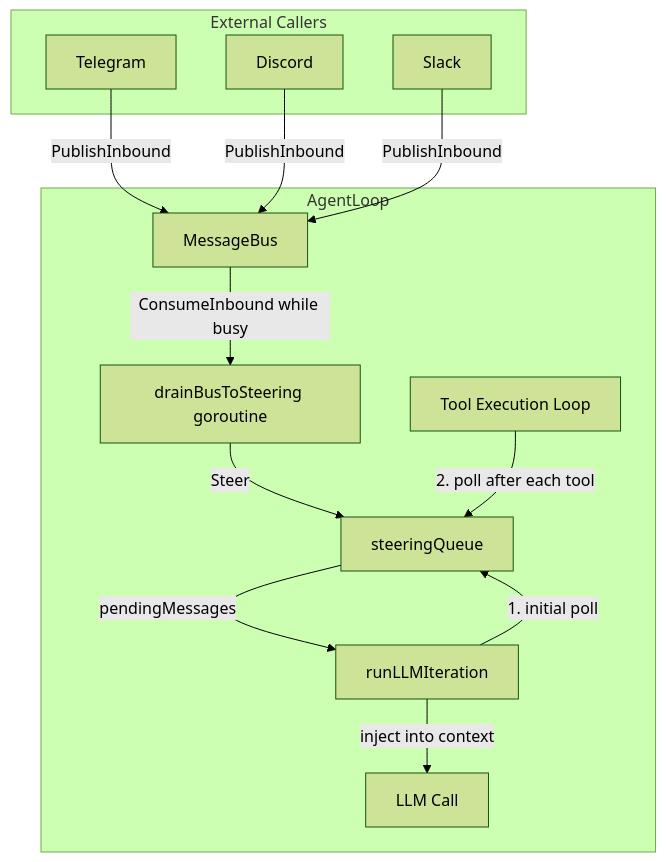
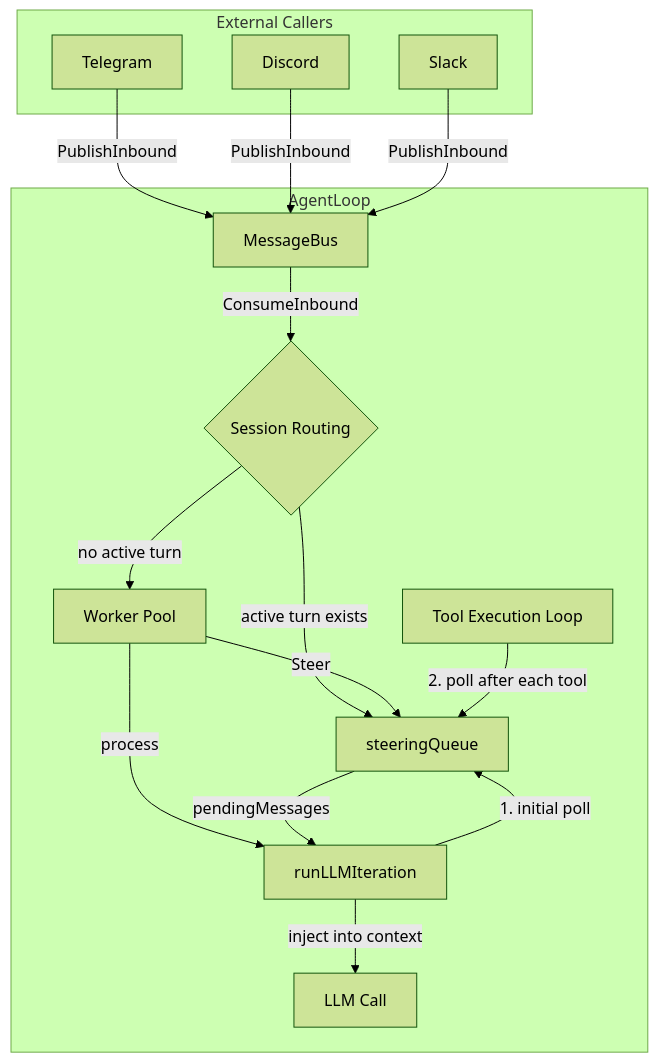
The first of 4 diagrams in docs/design/steering-spec.md (Net-Geometry/picoclaw), drawn with Mermaid (forest theme) before and after one commit. The commit also changed other lines of this file and 13 other files, not shown here.

````diff
--- a/docs/design/steering-spec.md
+++ b/docs/design/steering-spec.md
@@ -19,30 +19,34 @@
 ```mermaid
 graph TD
     subgraph External Callers
         TG[Telegram]
         DC[Discord]
         SL[Slack]
     end
 
     subgraph AgentLoop
         BUS[MessageBus]
-        DRAIN[drainBusToSteering goroutine]
+        ROUTE{Session Routing}
+        WP[Worker Pool]
         SQ[steeringQueue]
         RLI[runLLMIteration]
         TE[Tool Execution Loop]
         LLM[LLM Call]
     end
 
     TG -->|PublishInbound| BUS
     DC -->|PublishInbound| BUS
     SL -->|PublishInbound| BUS
 
-    BUS -->|ConsumeInbound while busy| DRAIN
-    DRAIN -->|Steer| SQ
+    BUS -->|ConsumeInbound| ROUTE
+    ROUTE -->|no active turn| WP
+    ROUTE -->|active turn exists| SQ
+    WP -->|Steer| SQ
+    WP -->|process| RLI
 
     RLI -->|1. initial poll| SQ
     TE -->|2. poll after each tool| SQ
 
     SQ -->|pendingMessages| RLI
     RLI -->|inject into context| LLM
 ```
````
